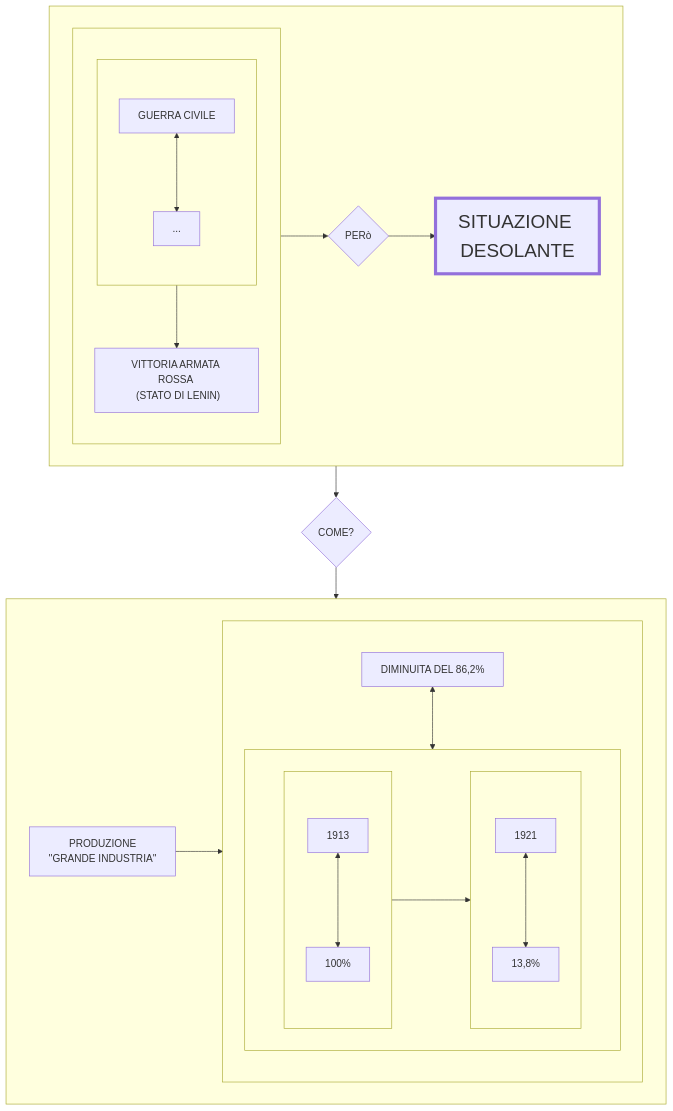
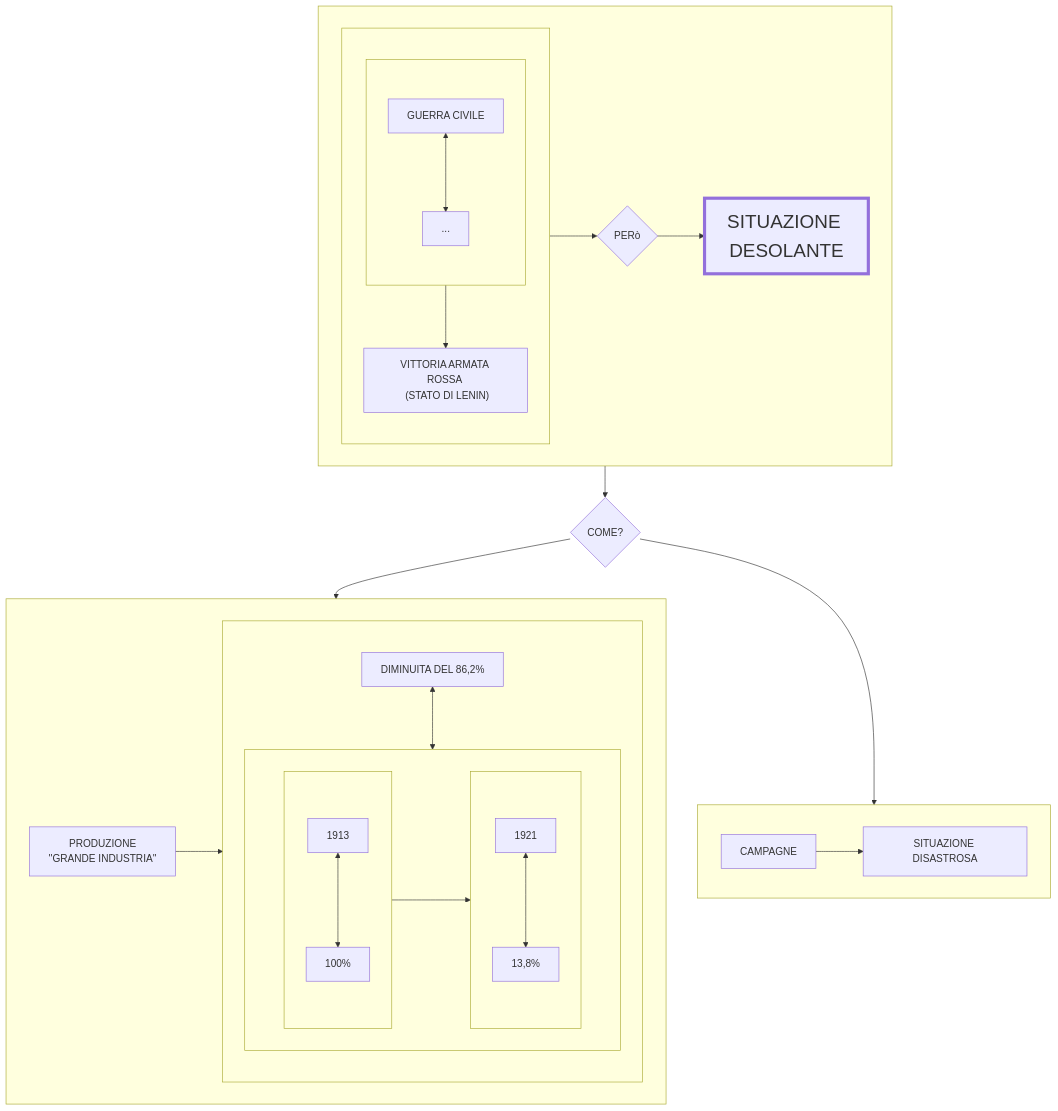
One commit to Laaouatni/ricerca-storia-MermaidJS changed the diagram in prova.md. Above: the diagram before and after it, drawn with Mermaid.

````diff
--- a/prova.md
+++ b/prova.md
@@ -1,46 +1,52 @@
 ```mermaid
 flowchart TB
     classDef classGrande font-size: 30px, stroke-width: 5px;
     subgraph 017[" "]
       subgraph 016[" "]
         subgraph 01[" "]
           010[GUERRA CIVILE]
           0100[...]
           010 <--> 0100
         end
         011["VITTORIA ARMATA ROSSA <br> (STATO DI LENIN)"]
         01 --> 011
       end
       016 --> 012 --> 013
       012{PERò}
       013[SITUAZIONE DESOLANTE]:::classGrande
     end
     %% 013 --> 014
        017 --> 014
     014{COME?}
     subgraph 2[" "]
       20[PRODUZIONE <br> ''GRANDE INDUSTRIA'']
       subgraph 21[" "]
         200[DIMINUITA DEL 86,2%]
         subgraph 210[" "]
           direction LR;
           subgraph 22[" "]
             direction TB;
             220[1913]
             221[100%]
             220 <-->221
           end
           subgraph 23[" "]
             direction TB;
             230[1921]
             231[13,8%]
             230 <--> 231
           end
           22 --> 23
         end
         200 <--> 210
       end
       20 --> 21
     end
     014 --> 2
+    subgraph 3[" "]
+      30[CAMPAGNE]
+      31[SITUAZIONE DISASTROSA]
+      30 --> 31
+    end
+    014 --> 3
 ```
````
